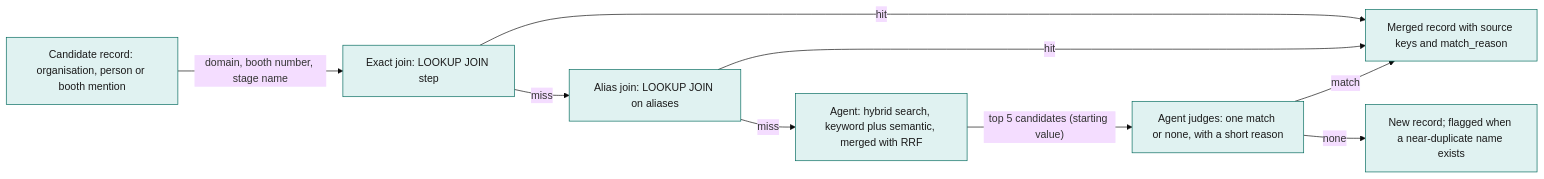
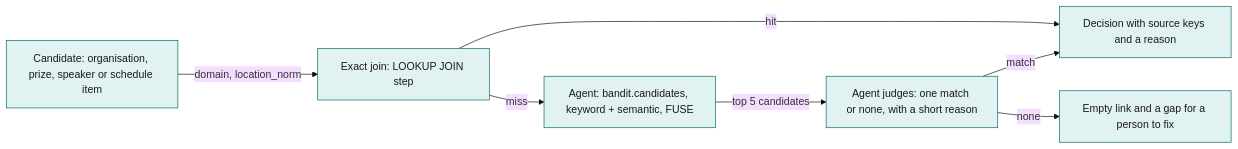
One commit to viktorinkov/cal-hacks-13 changed the fourth of 7 diagrams in System Design/7-integrations/Elastic.md. Above: the diagram before and after it, drawn with Mermaid (base theme). The commit also changed other lines of this file and 4 other files, not shown here.

````diff
--- a/System Design/7-integrations/Elastic.md
+++ b/System Design/7-integrations/Elastic.md
@@ -198,13 +422,11 @@
 ```mermaid
 flowchart LR
-  C["Candidate record: organisation, person or booth mention"] -->|"domain, booth number, stage name"| E["Exact join: LOOKUP JOIN step"]
-  E -->|"hit"| M["Merged record with source keys and match_reason"]
-  E -->|"miss"| A["Alias join: LOOKUP JOIN on aliases"]
-  A -->|"hit"| M
-  A -->|"miss"| H["Agent: hybrid search, keyword plus semantic, merged with RRF"]
-  H -->|"top 5 candidates (starting value)"| J["Agent judges: one match or none, with a short reason"]
+  C["Candidate: organisation, prize, speaker or schedule item"] -->|"domain, location_norm"| E["Exact join: LOOKUP JOIN step"]
+  E -->|"hit"| M["Decision with source keys and a reason"]
+  E -->|"miss"| H["Agent: bandit.candidates, keyword + semantic, FUSE"]
+  H -->|"top 5 candidates"| J["Agent judges: one match or none, with a short reason"]
   J -->|"match"| M
-  J -->|"none"| N["New record; flagged when a near-duplicate name exists"]
+  J -->|"none"| N["Empty link and a gap for a person to fix"]
   classDef ext fill:#E0F2F1,stroke:#00695C,color:#1A1A1A
-  class C,E,A,H,J,M,N ext
+  class C,E,H,J,M,N ext
 ```
````
